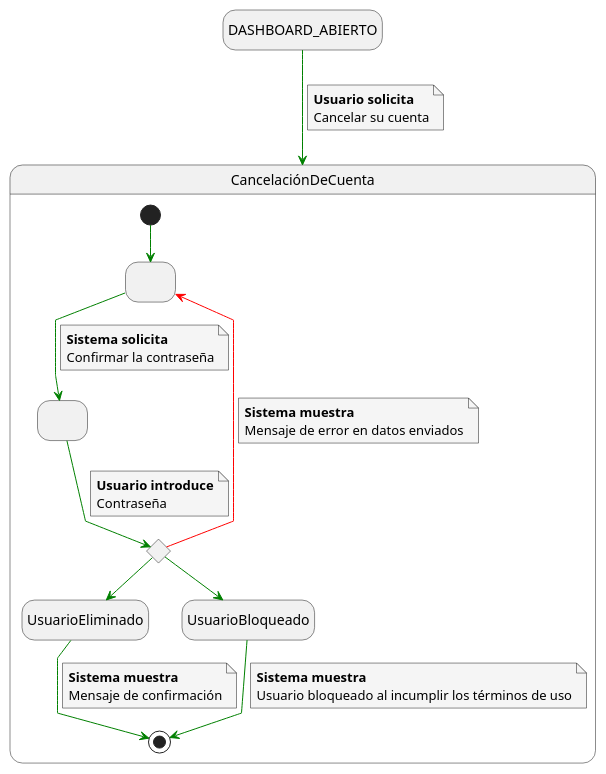
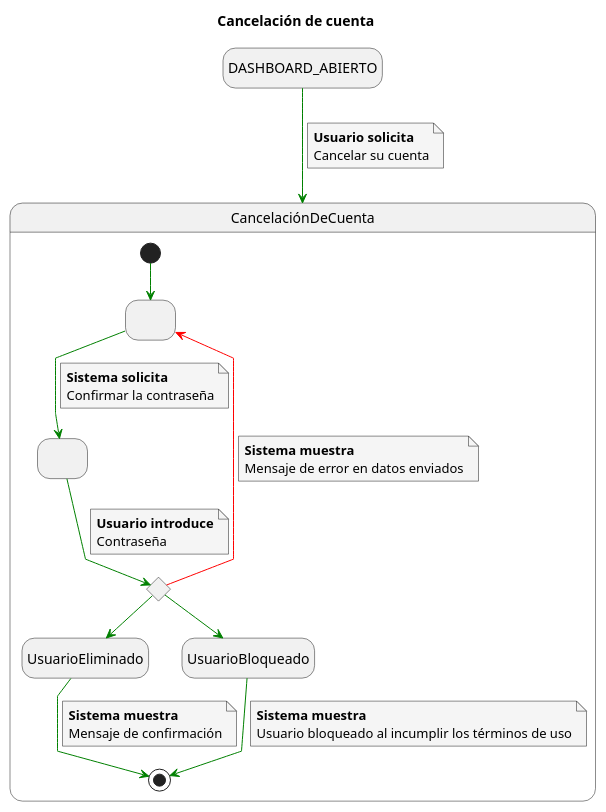
One commit to mmasias/23-24-IdSw1-SDR changed the diagram in Caso_de_Uso/Casos_de_Uso/Egresado/Cancelación_de_Cuenta/Caso_de_Uso.puml. Above: the diagram before and after it, drawn with PlantUML. The commit also changed 10 other files, not shown here.

Commit message:
Add and modify use case diagrams for subscription management Delete unused use case diagrams for subscription management

```diff
--- a/Caso_de_Uso/Casos_de_Uso/Egresado/Cancelación_de_Cuenta/Caso_de_Uso.puml
+++ b/Caso_de_Uso/Casos_de_Uso/Egresado/Cancelación_de_Cuenta/Caso_de_Uso.puml
@@ -1,49 +1,50 @@
 @startuml
 skinparam defaultFontName Arial
 skinparam NoteBackgroundColor #whiteSmoke
 skinparam ArrowColor #green
 skinparam Linetype polyline
 top to bottom direction
 
 hide empty description
+title Cancelación de cuenta
 
 DASHBOARD_ABIERTO -down-> CancelaciónDeCuenta
 note on link
 <b>Usuario solicita</b>
 Cancelar su cuenta
 end note
 
 state CancelaciónDeCuenta{
   state 1 as " "
   state 2 as " "
   state ComprobarRequisitos <<choice>>
   [*] --> 1
   1 --> 2
   note on link
   <b>Sistema solicita</b>
   Confirmar la contraseña
   end note
   2 --> ComprobarRequisitos
   note on link
   <b>Usuario introduce</b>
   Contraseña
   end note
   ComprobarRequisitos -[#red]-> 1
   note on link
   <b>Sistema muestra</b>
   Mensaje de error en datos enviados
   end note
   ComprobarRequisitos --> UsuarioEliminado
   ComprobarRequisitos --> UsuarioBloqueado
   UsuarioEliminado --> [*]
   note on link
   <b>Sistema muestra</b>
   Mensaje de confirmación
   end note
   UsuarioBloqueado --> [*]
   note on link
   <b>Sistema muestra</b>
   Usuario bloqueado al incumplir los términos de uso
   end note
 }
 @enduml
```
